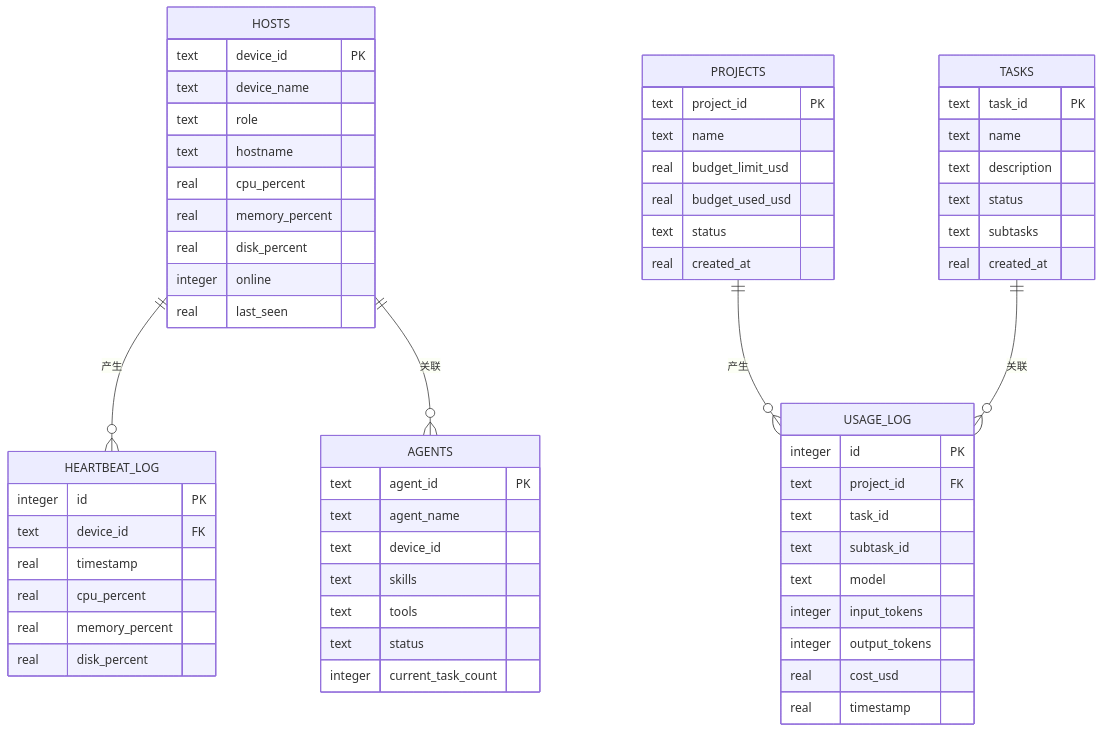
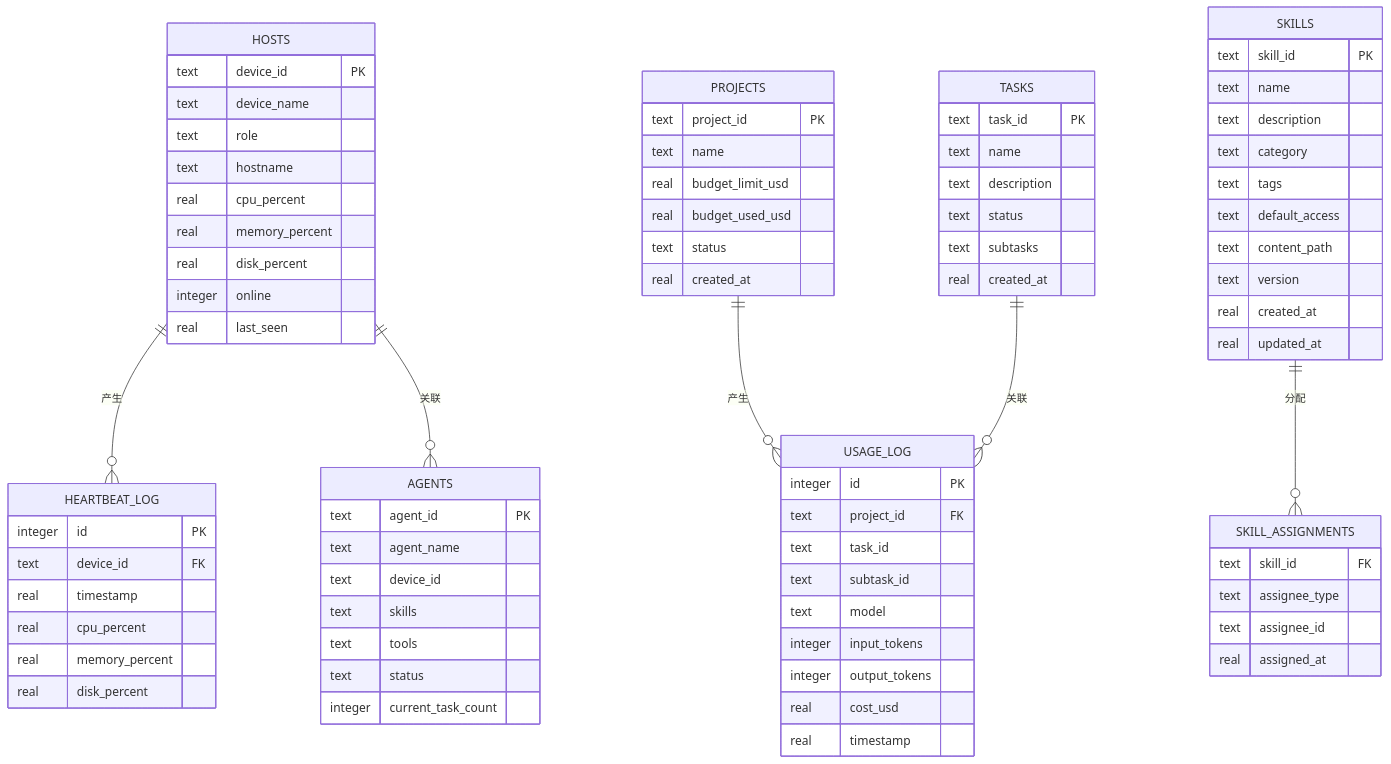
One commit to targalian/Personal-distributed-workstation changed diagram 13 of 16 in .qoder/repowiki/zh/content/核心模块/工作站管理模块.md. Above: the diagram before and after it, drawn with Mermaid. The commit also changed other lines of this file and 92 other files, not shown here.

````diff
--- a/.qoder/repowiki/zh/content/核心模块/工作站管理模块.md
+++ b/.qoder/repowiki/zh/content/核心模块/工作站管理模块.md
@@ -560,62 +656,81 @@
 ```mermaid
 erDiagram
 HOSTS {
 text device_id PK
 text device_name
 text role
 text hostname
 real cpu_percent
 real memory_percent
 real disk_percent
 integer online
 real last_seen
 }
 HEARTBEAT_LOG {
 integer id PK
 text device_id FK
 real timestamp
 real cpu_percent
 real memory_percent
 real disk_percent
 }
 AGENTS {
 text agent_id PK
 text agent_name
 text device_id
 text skills
 text tools
 text status
 integer current_task_count
 }
 TASKS {
 text task_id PK
 text name
 text description
 text status
 text subtasks
 real created_at
 }
 PROJECTS {
 text project_id PK
 text name
 real budget_limit_usd
 real budget_used_usd
 text status
 real created_at
 }
 USAGE_LOG {
 integer id PK
 text project_id FK
 text task_id
 text subtask_id
 text model
 integer input_tokens
 integer output_tokens
 real cost_usd
 real timestamp
 }
+SKILLS {
+text skill_id PK
+text name
+text description
+text category
+text tags
+text default_access
+text content_path
+text version
+real created_at
+real updated_at
+}
+SKILL_ASSIGNMENTS {
+text skill_id FK
+text assignee_type
+text assignee_id
+real assigned_at
+}
 HOSTS ||--o{ HEARTBEAT_LOG : "产生"
 HOSTS ||--o{ AGENTS : "关联"
 PROJECTS ||--o{ USAGE_LOG : "产生"
 TASKS ||--o{ USAGE_LOG : "关联"
+SKILLS ||--o{ SKILL_ASSIGNMENTS : "分配"
 ```
````
